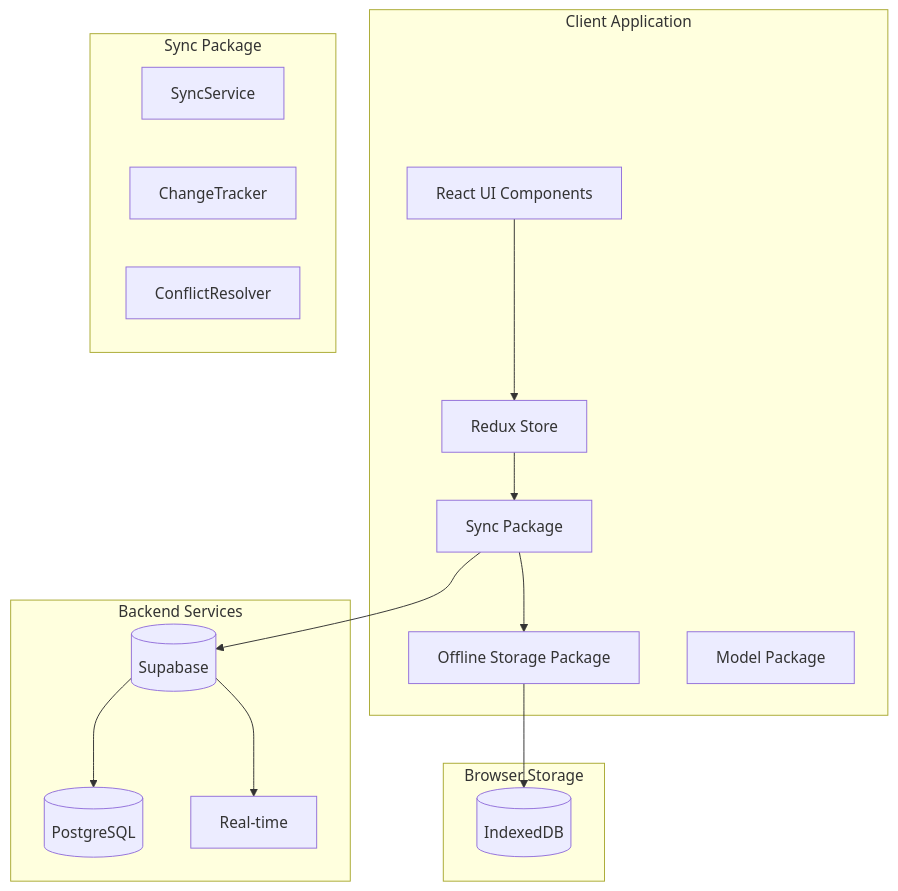
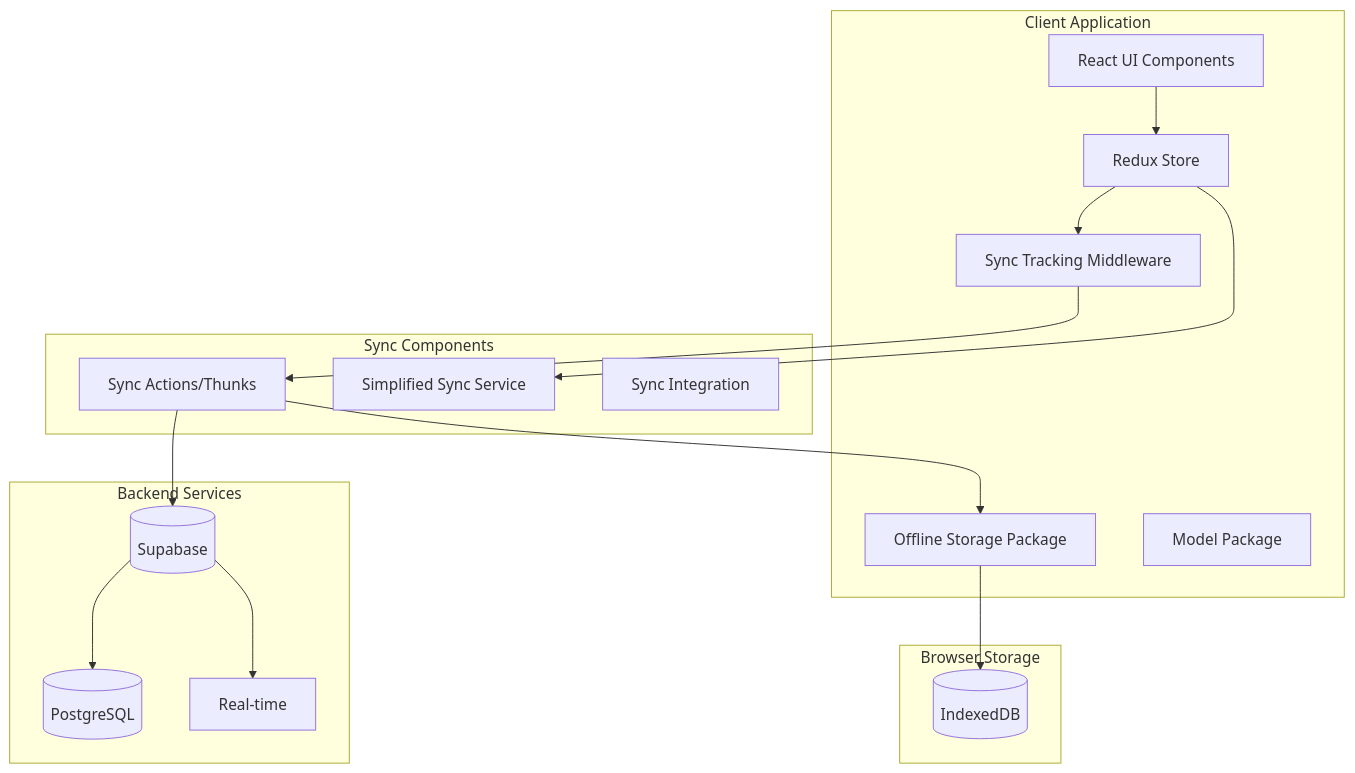
The first of 3 diagrams in docs/sync-architecture.md (AgentEnder/packing-list), drawn with Mermaid before and after one commit. The commit also changed other lines of this file and 1 other file, not shown here.

First line of the commit message:
docs: update sync architecture documentation to reflect current implementation

````diff
--- a/docs/sync-architecture.md
+++ b/docs/sync-architecture.md
@@ -26,34 +29,36 @@
 ```mermaid
 graph TD
     subgraph "Client Application"
         UI[React UI Components]
         Redux[Redux Store]
-        Sync[Sync Package]
+        Middleware[Sync Tracking Middleware]
         Storage[Offline Storage Package]
         Model[Model Package]
     end
 
-    subgraph "Sync Package"
-        SS[SyncService]
-        CT[ChangeTracker]
-        CR[ConflictResolver]
+    subgraph "Sync Components"
+        Actions[Sync Actions/Thunks]
+        SyncService[Simplified Sync Service]
+        Integration[Sync Integration]
     end
 
     subgraph "Browser Storage"
         IDB[(IndexedDB)]
     end
 
     subgraph "Backend Services"
         SB[(Supabase)]
         PG[(PostgreSQL)]
         RT[Real-time]
     end
 
     UI --> Redux
-    Redux --> Sync
-    Sync --> Storage
+    Redux --> Middleware
+    Middleware --> Actions
+    Actions --> Storage
     Storage --> IDB
-    Sync --> SB
+    Actions --> SB
     SB --> PG
     SB --> RT
+    Redux --> SyncService
 ```
````
